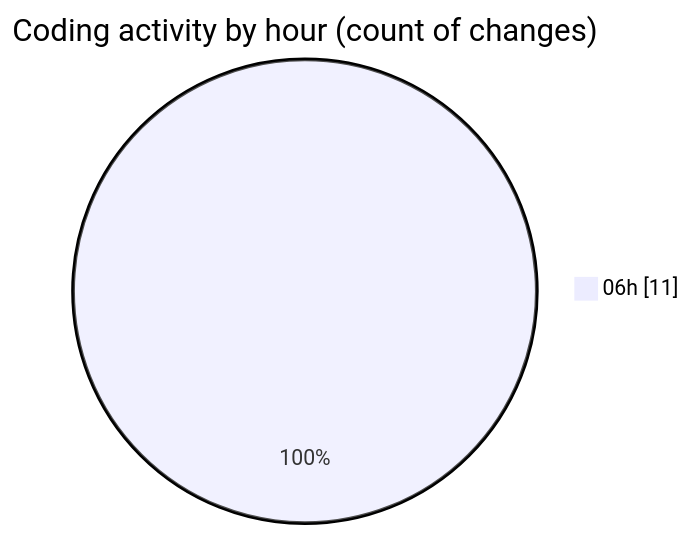
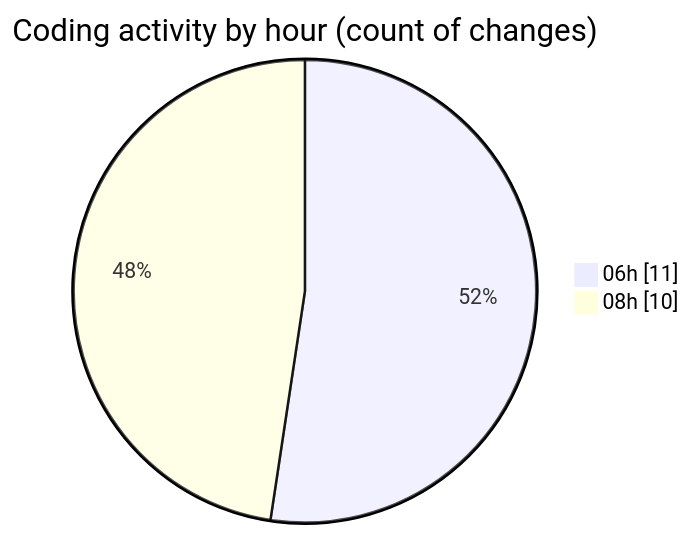
The second of 2 diagrams in 2025-08-04/tw-server/README.md (EIIisD/code-tracking), drawn with Mermaid before and after one commit. The commit also changed other lines of this file and 1 other file, not shown here.

````diff
--- a/2025-08-04/tw-server/README.md
+++ b/2025-08-04/tw-server/README.md
@@ -35,5 +36,6 @@
 ```mermaid
 pie showData
 title Coding activity by hour (count of changes)
 "06h" : 11
+"08h" : 10
 ```
````
